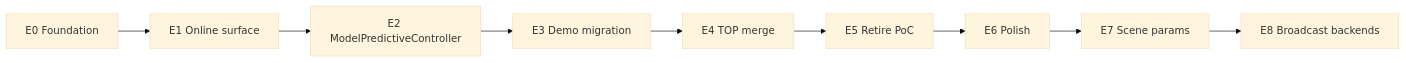
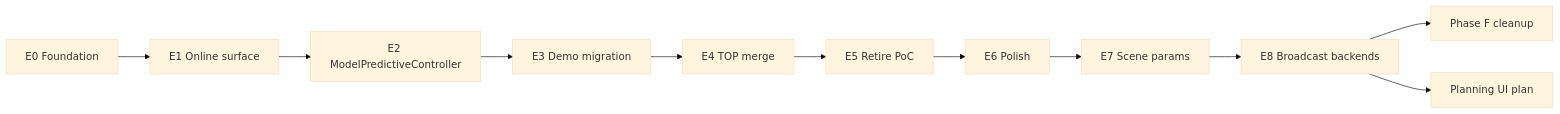
The diagram in docs/plans/mpc-rh-refactor/phases.md (alx87grd/minilink), drawn with Mermaid (base theme) before and after one commit. The commit also changed other lines of this file and 4 other files, not shown here.

First line of the commit message:
docs(mpc): add Phase F post-refactor cleanup linked to UI plan

````diff
--- a/docs/plans/mpc-rh-refactor/phases.md
+++ b/docs/plans/mpc-rh-refactor/phases.md
@@ -50,14 +50,16 @@
 ```mermaid
 flowchart LR
   E0[E0 Foundation]
   E1[E1 Online surface]
   E2[E2 ModelPredictiveController]
   E3[E3 Demo migration]
   E4[E4 TOP merge]
   E5[E5 Retire PoC]
   E6[E6 Polish]
   E7[E7 Scene params]
   E8[E8 Broadcast backends]
 
   E0 --> E1 --> E2 --> E3 --> E4 --> E5 --> E6 --> E7 --> E8
+  E8 --> F[Phase F cleanup]
+  E8 --> UI[Planning UI plan]
 ```
````
